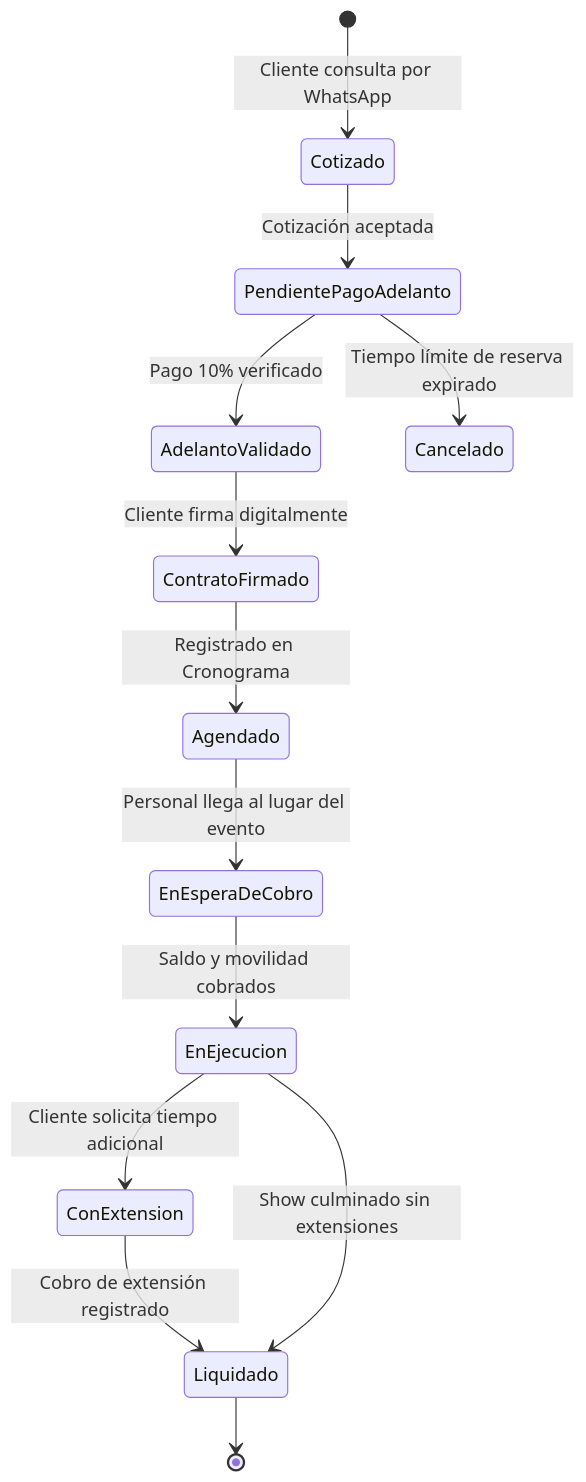
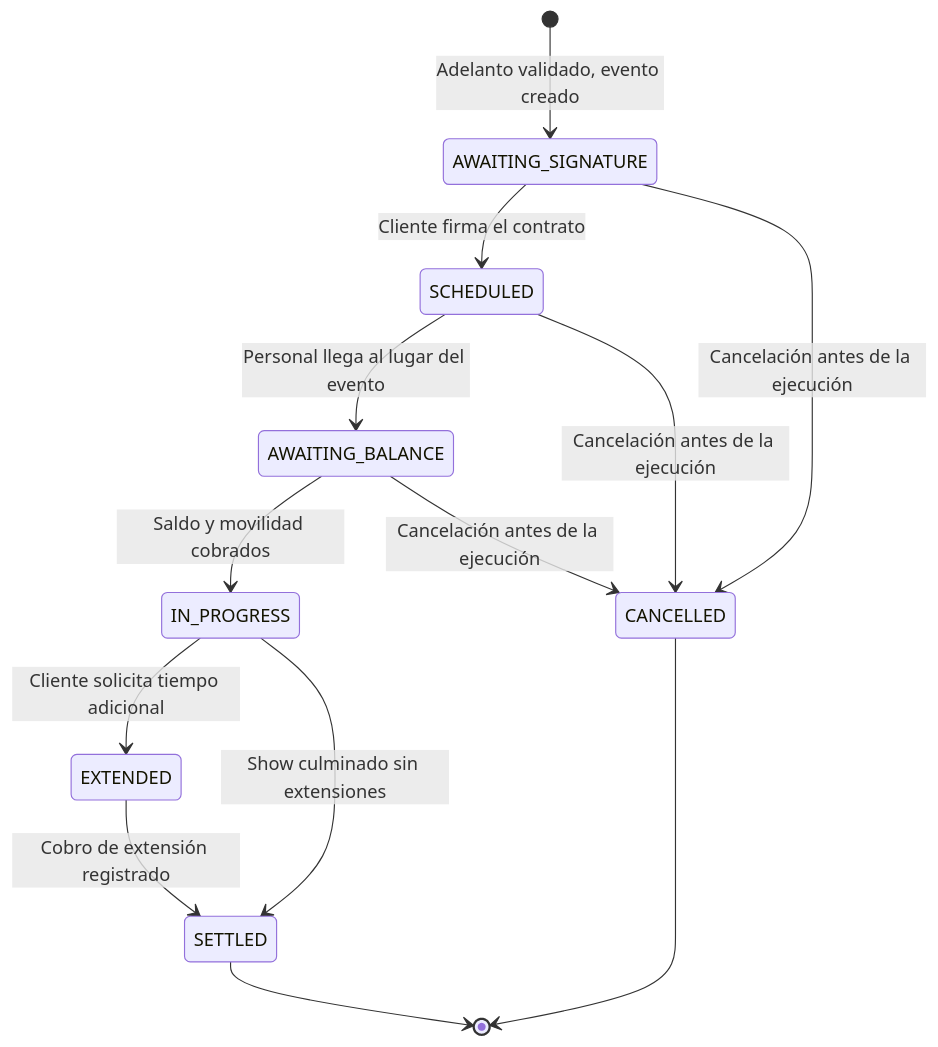
One commit to MathiasTL/EventPro-backend changed the third of 4 diagrams in Docs/01-requisitos/04-reglas-de-negocio-y-control.md. Above: the diagram before and after it, drawn with Mermaid. The commit also changed other lines of this file and 12 other files, not shown here.

````diff
--- a/Docs/01-requisitos/04-reglas-de-negocio-y-control.md
+++ b/Docs/01-requisitos/04-reglas-de-negocio-y-control.md
@@ -88,15 +137,15 @@
 ```mermaid
 stateDiagram-v2
-    [*] --> Cotizado: Cliente consulta por WhatsApp
-    Cotizado --> PendientePagoAdelanto: Cotización aceptada
-    PendientePagoAdelanto --> AdelantoValidado: Pago 10% verificado
-    PendientePagoAdelanto --> Cancelado: Tiempo límite de reserva expirado
-    AdelantoValidado --> ContratoFirmado: Cliente firma digitalmente
-    ContratoFirmado --> Agendado: Registrado en Cronograma
-    Agendado --> EnEsperaDeCobro: Personal llega al lugar del evento
-    EnEsperaDeCobro --> EnEjecucion: Saldo y movilidad cobrados
-    EnEjecucion --> ConExtension: Cliente solicita tiempo adicional
-    ConExtension --> Liquidado: Cobro de extensión registrado
-    EnEjecucion --> Liquidado: Show culminado sin extensiones
-    Liquidado --> [*]
+    [*] --> AWAITING_SIGNATURE: Adelanto validado, evento creado
+    AWAITING_SIGNATURE --> SCHEDULED: Cliente firma el contrato
+    SCHEDULED --> AWAITING_BALANCE: Personal llega al lugar del evento
+    AWAITING_BALANCE --> IN_PROGRESS: Saldo y movilidad cobrados
+    IN_PROGRESS --> EXTENDED: Cliente solicita tiempo adicional
+    EXTENDED --> SETTLED: Cobro de extensión registrado
+    IN_PROGRESS --> SETTLED: Show culminado sin extensiones
+    AWAITING_SIGNATURE --> CANCELLED: Cancelación antes de la ejecución
+    SCHEDULED --> CANCELLED: Cancelación antes de la ejecución
+    AWAITING_BALANCE --> CANCELLED: Cancelación antes de la ejecución
+    SETTLED --> [*]
+    CANCELLED --> [*]
 ```
````
